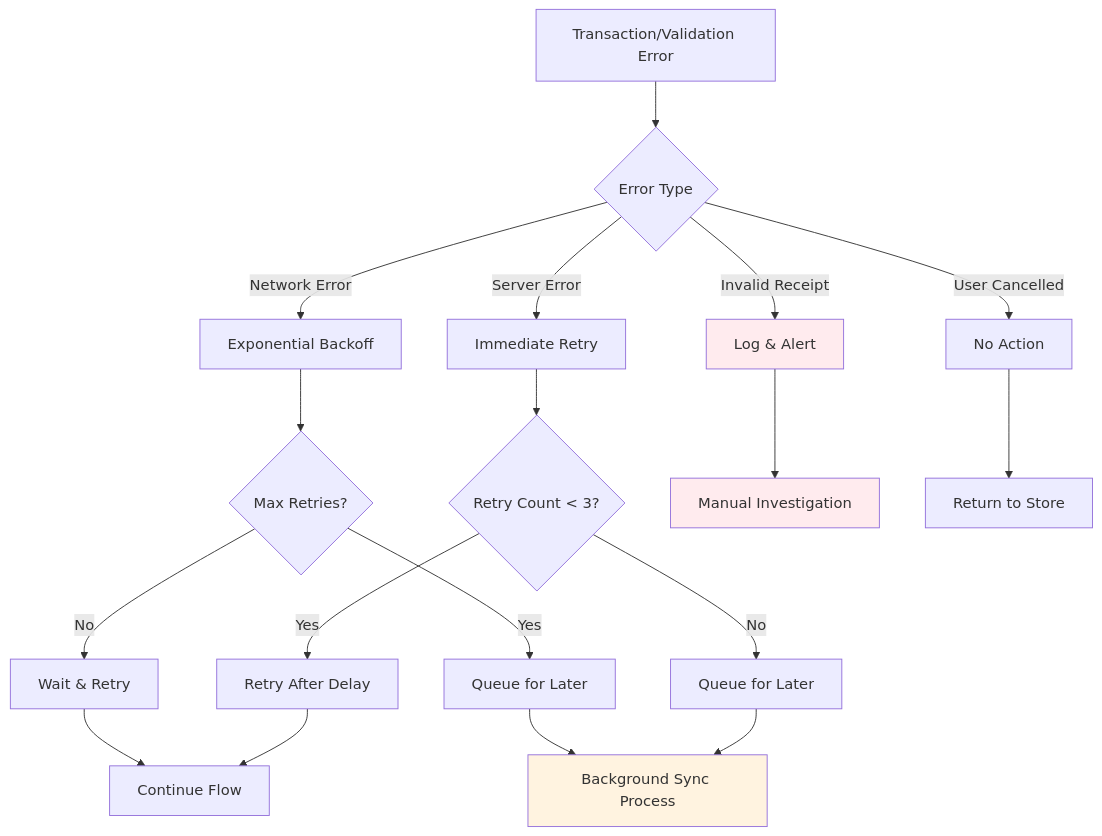
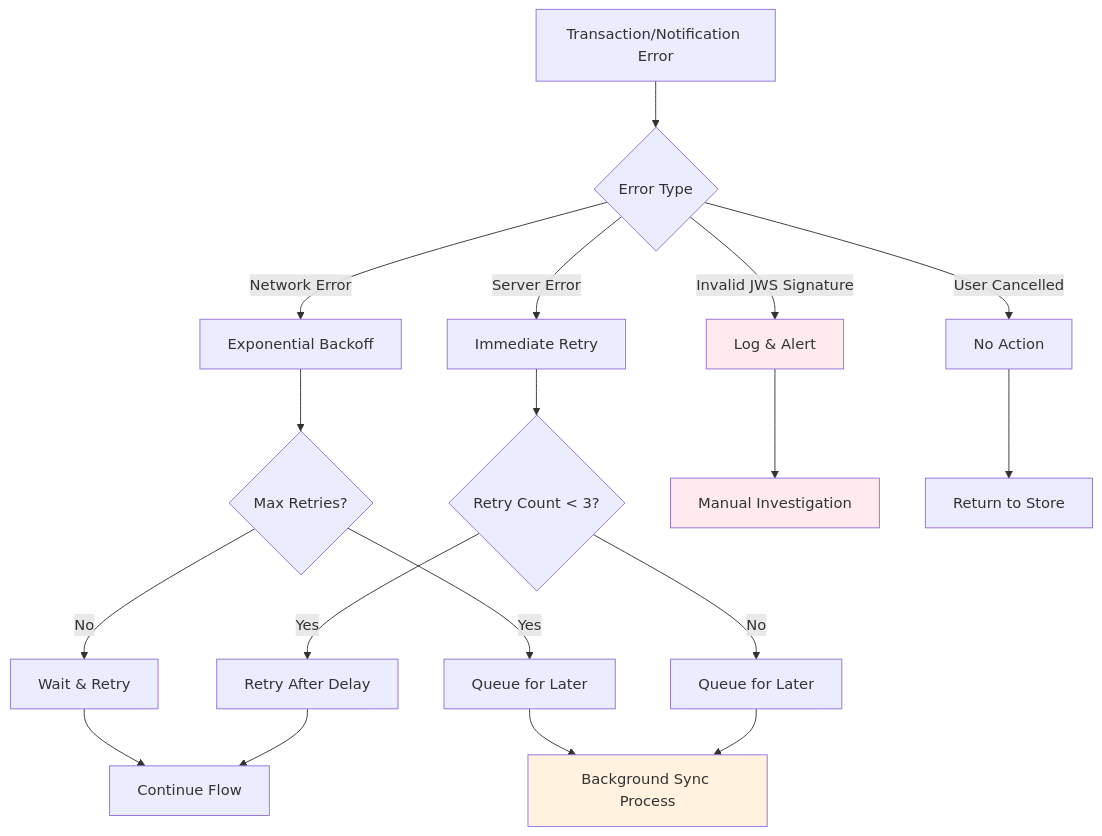
Before and after one commit to tnstoyanov/applePayInAppBt: the fifth of 10 diagrams in architecture/flow-diagrams.md, drawn with Mermaid. The commit also changed other lines of this file and 5 other files, not shown here.

````diff
--- a/architecture/flow-diagrams.md
+++ b/architecture/flow-diagrams.md
@@ -149,27 +149,27 @@
 ```mermaid
 flowchart TD
-    A[Transaction/Validation Error] --> B{Error Type}
+    A[Transaction/Notification Error] --> B{Error Type}
     B -->|Network Error| C[Exponential Backoff]
-    B -->|Invalid Receipt| D[Log & Alert]
+    B -->|Invalid JWS Signature| D[Log & Alert]
     B -->|Server Error| E[Immediate Retry]
     B -->|User Cancelled| F[No Action]
     
     C --> G{Max Retries?}
     G -->|No| H[Wait & Retry]
     G -->|Yes| I[Queue for Later]
     
     E --> J{Retry Count < 3?}
     J -->|Yes| K[Retry After Delay]
     J -->|No| L[Queue for Later]
     
     I --> M[Background Sync Process]
     L --> M
     H --> N[Continue Flow]
     K --> N
     D --> O[Manual Investigation]
     F --> P[Return to Store]
     
     style D fill:#ffebee
     style O fill:#ffebee
     style M fill:#fff3e0
 ```
````
